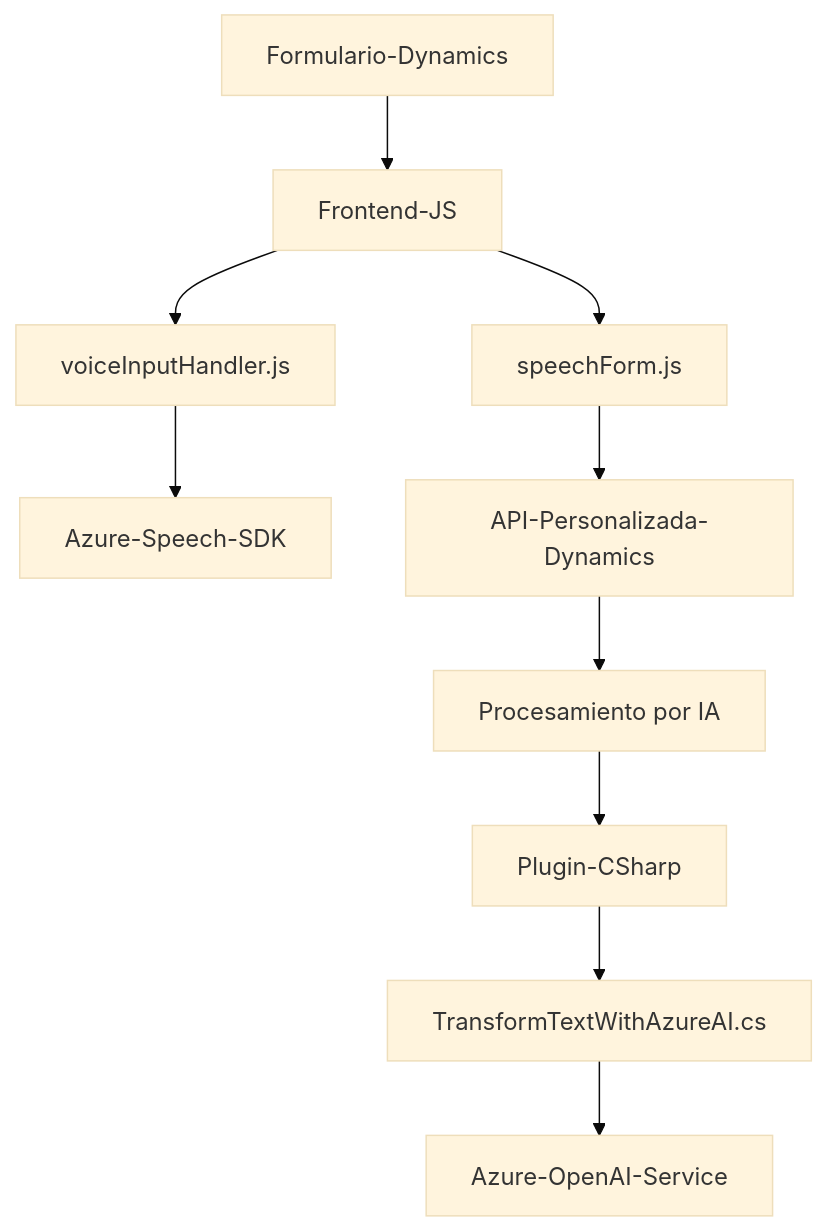
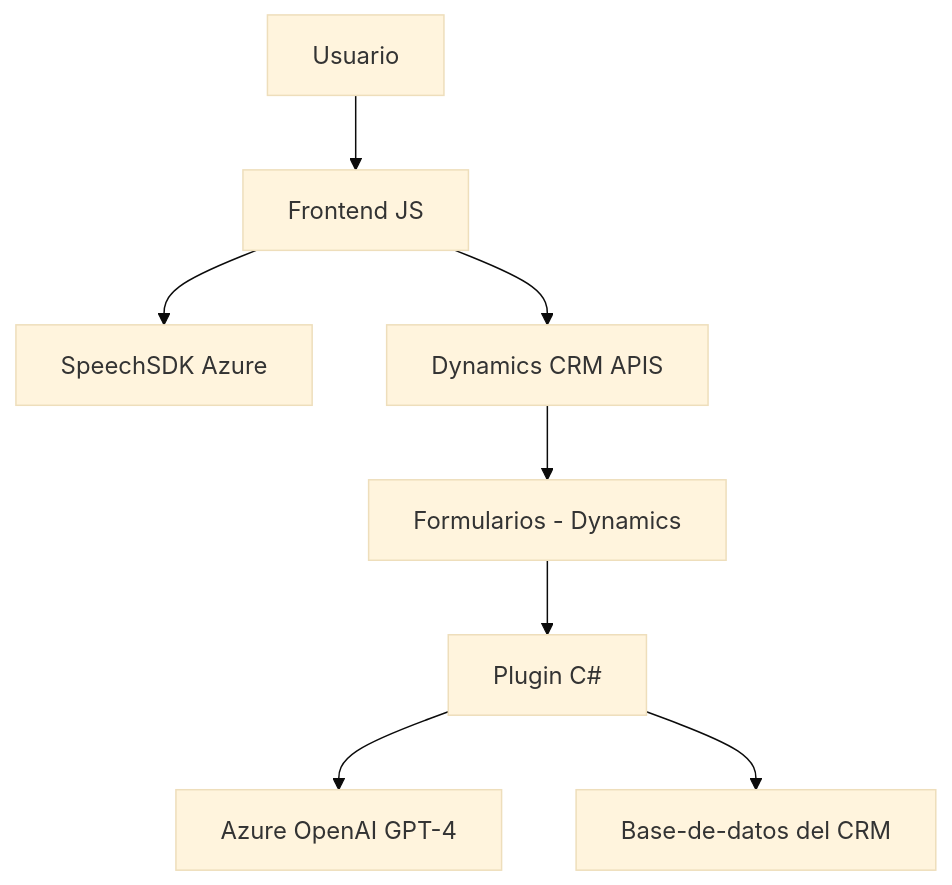
Before and after one commit to blopezdm/NETCORE_BILBAO2025: the diagram in README.md, drawn with Mermaid (base theme). The commit also changed other lines of this file, not shown here.

````diff
--- a/README.md
+++ b/README.md
@@ -42,12 +48,10 @@
 ```mermaid
 graph TD
-    A["Formulario-Dynamics"] --> B["Frontend-JS"]
-    B --> C["voiceInputHandler.js"]
-    B --> D["speechForm.js"]
-    C --> E["Azure-Speech-SDK"]
-    D --> F["API-Personalizada-Dynamics"]
-    F --> G["Procesamiento por IA"]
-    G --> H["Plugin-CSharp"]
-    H --> I["TransformTextWithAzureAI.cs"]
-    I --> J["Azure-OpenAI-Service"]
+    A["Usuario"] --> B["Frontend JS"]
+    B --> C["SpeechSDK Azure"]
+    B --> D["Dynamics CRM APIS"]
+    D --> E["Formularios - Dynamics"]
+    E --> F["Plugin C#"]
+    F --> G["Azure OpenAI GPT-4"]
+    F --> H["Base-de-datos del CRM"]
 ```
````
